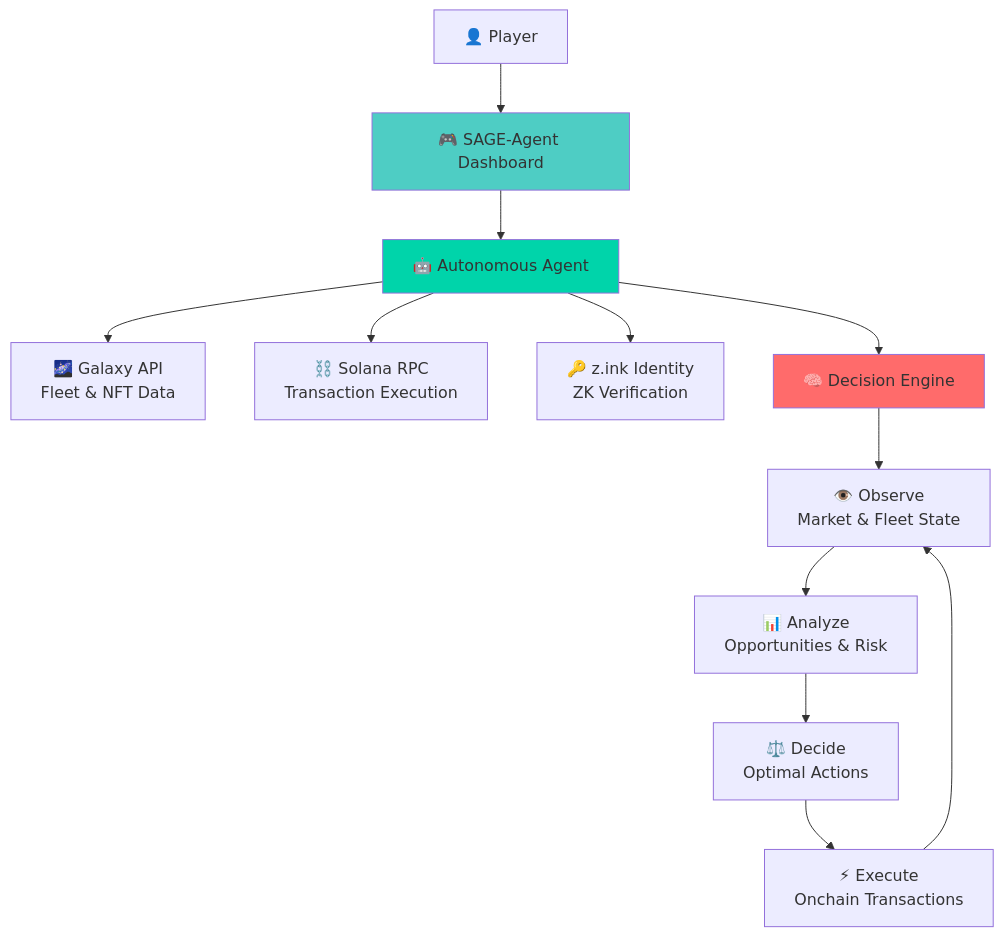
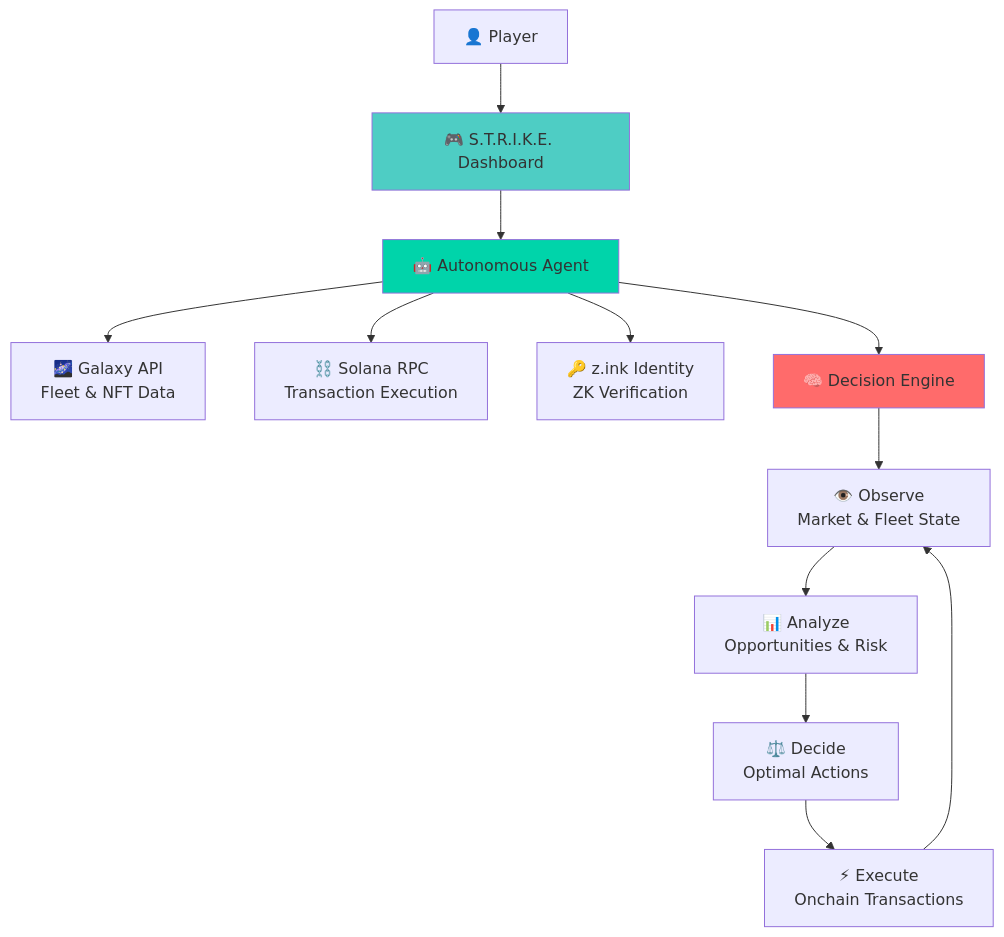
Before and after one commit to artemis-sage-agent/sage-agent-demo: the diagram in README.md, drawn with Mermaid. The commit also changed other lines of this file and 5 other files, not shown here.

````diff
--- a/README.md
+++ b/README.md
@@ -43,20 +45,20 @@
 ```mermaid
 graph TB
-    User[👤 Player] --> Dashboard[🎮 SAGE-Agent Dashboard]
+    User[👤 Player] --> Dashboard[🎮 S.T.R.I.K.E. Dashboard]
     Dashboard --> Agent[🤖 Autonomous Agent]
     
     Agent --> Galaxy[🌌 Galaxy API<br/>Fleet & NFT Data]
     Agent --> Solana[⛓️ Solana RPC<br/>Transaction Execution]
     Agent --> Zink[🔑 z.ink Identity<br/>ZK Verification]
     
     Agent --> Engine[🧠 Decision Engine]
     Engine --> Observe[👁️ Observe<br/>Market & Fleet State]
     Observe --> Analyze[📊 Analyze<br/>Opportunities & Risk]
     Analyze --> Decide[⚖️ Decide<br/>Optimal Actions]
     Decide --> Execute[⚡ Execute<br/>Onchain Transactions]
     Execute --> Observe
     
     style Agent fill:#00d4aa
     style Engine fill:#ff6b6b
     style Dashboard fill:#4ecdc4
 ```
````
